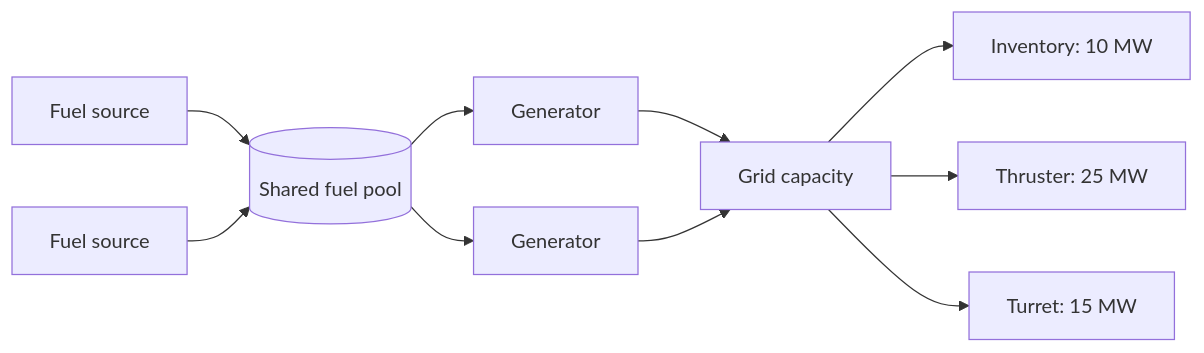
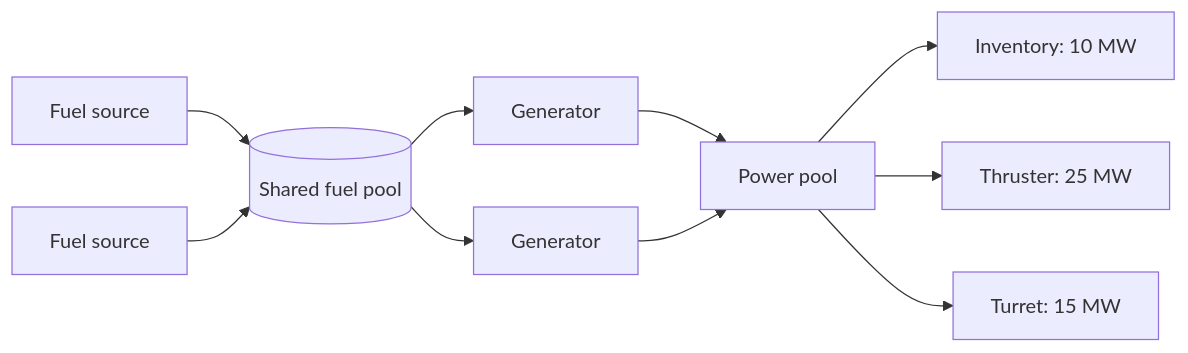
One commit to evefrontier/world-contracts changed the first of 2 diagrams in docs/adr/0005-onchain-power-network.md. Above: the diagram before and after it, drawn with Mermaid. The commit also changed other lines of this file and 35 other files, not shown here.

````diff
--- a/docs/adr/0005-onchain-power-network.md
+++ b/docs/adr/0005-onchain-power-network.md
@@ -40,12 +38,12 @@
 ```mermaid
 flowchart LR
     FS1[Fuel source] --> Pool[(Shared fuel pool)]
     FS2[Fuel source] --> Pool
     Pool --> Gen1[Generator]
     Pool --> Gen2[Generator]
-    Gen1 --> Capacity[Grid capacity]
-    Gen2 --> Capacity
-    Capacity --> Inventory[Inventory: 10 MW]
-    Capacity --> Thruster[Thruster: 25 MW]
-    Capacity --> Turret[Turret: 15 MW]
+    Gen1 --> Ceiling[Power pool]
+    Gen2 --> Ceiling
+    Ceiling --> Inventory[Inventory: 10 MW]
+    Ceiling --> Thruster[Thruster: 25 MW]
+    Ceiling --> Turret[Turret: 15 MW]
 ```
````
